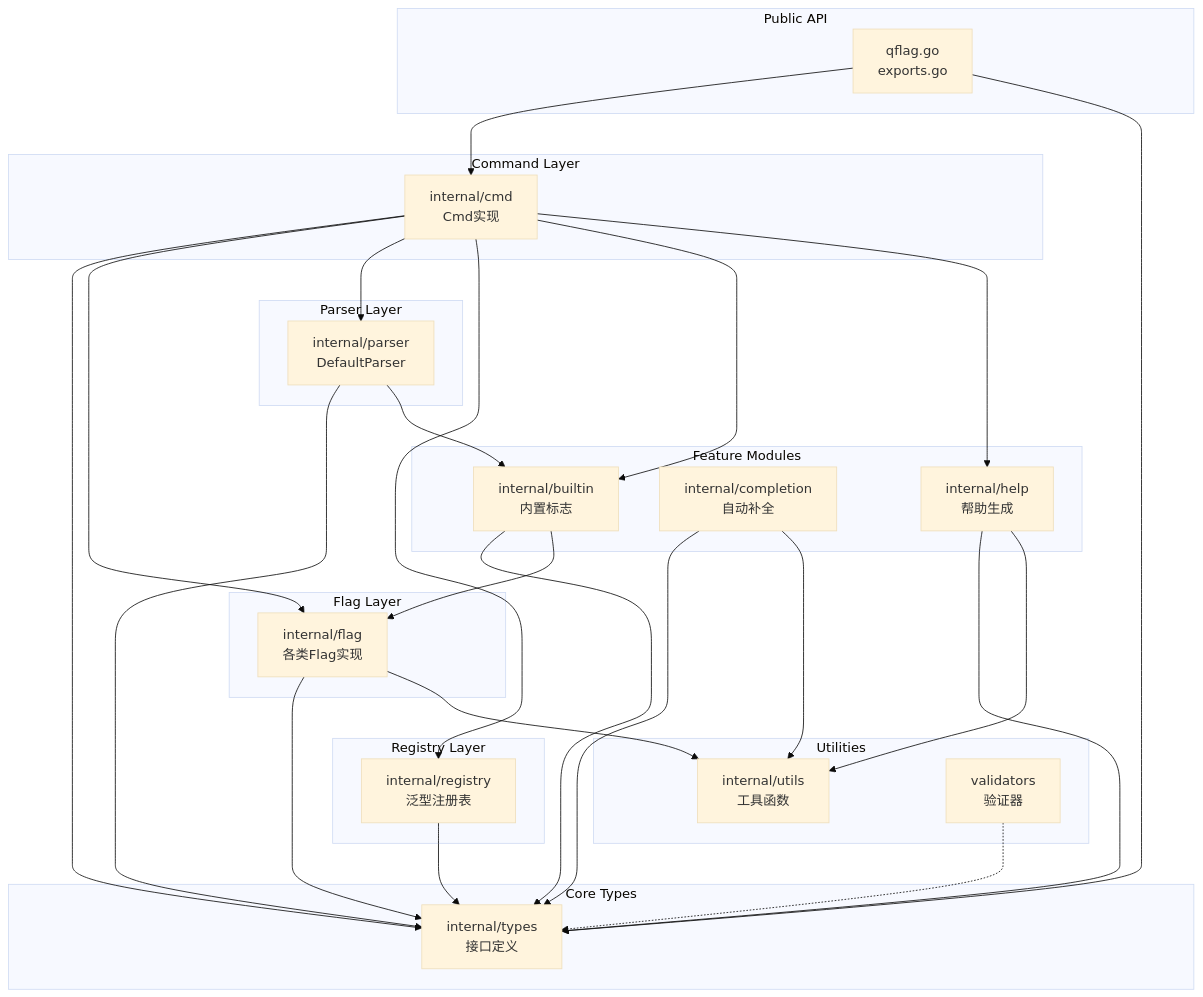
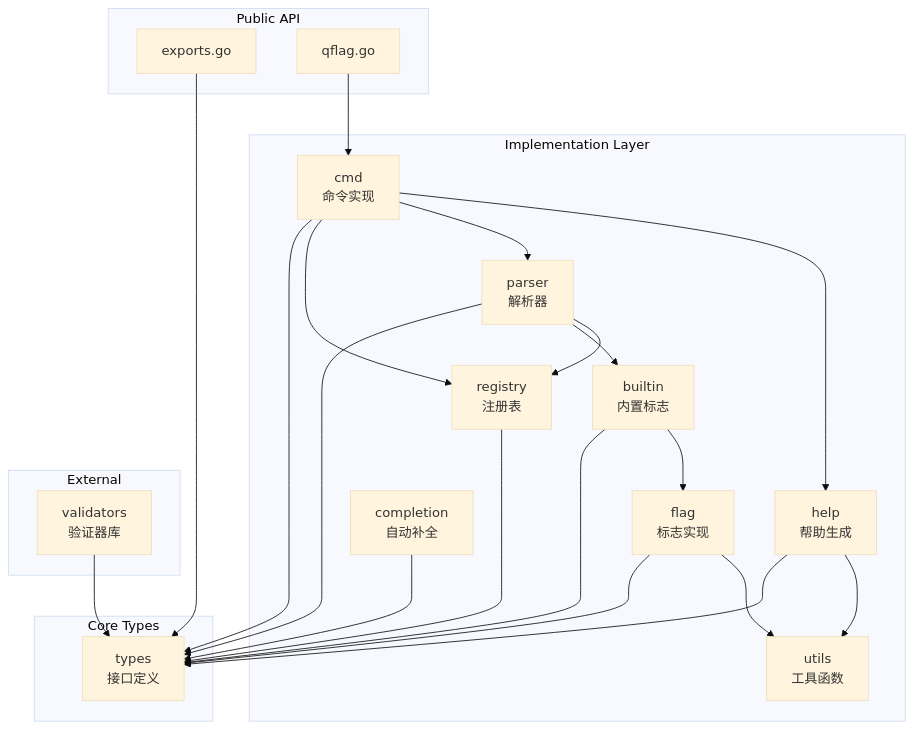
The diagram in docs/qflag-analysis.md (QiaoMuDe/qflag), drawn with Mermaid (base theme) before and after one commit. The commit also changed other lines of this file and 1 other file, not shown here.

First line of the commit message:
docs(qflag): 更新项目分析报告和改进文档注释

````diff
--- a/docs/qflag-analysis.md
+++ b/docs/qflag-analysis.md
@@ -130,66 +130,53 @@
 ```mermaid
 graph TB
     subgraph "Public API"
-        QF[qflag.go<br/>exports.go]
+        E[exports.go]
+        Q[qflag.go]
     end
 
     subgraph "Core Types"
-        TP[internal/types<br/>接口定义]
+        T[types<br/>接口定义]
     end
 
-    subgraph "Command Layer"
-        CMD[internal/cmd<br/>Cmd实现]
+    subgraph "Implementation Layer"
+        F[flag<br/>标志实现]
+        R[registry<br/>注册表]
+        C[cmd<br/>命令实现]
+        P[parser<br/>解析器]
+        B[builtin<br/>内置标志]
+        H[help<br/>帮助生成]
+        CP[completion<br/>自动补全]
+        U[utils<br/>工具函数]
     end
 
-    subgraph "Flag Layer"
-        FLG[internal/flag<br/>各类Flag实现]
+    subgraph "External"
+        V[validators<br/>验证器库]
     end
 
-    subgraph "Parser Layer"
-        PAR[internal/parser<br/>DefaultParser]
-    end
-
-    subgraph "Registry Layer"
-        REG[internal/registry<br/>泛型注册表]
-    end
-
-    subgraph "Feature Modules"
-        BLT[internal/builtin<br/>内置标志]
-        CMP[internal/completion<br/>自动补全]
-        HLP[internal/help<br/>帮助生成]
-    end
-
-    subgraph "Utilities"
-        UTL[internal/utils<br/>工具函数]
-        VAL[validators<br/>验证器]
-    end
-
-    QF --> CMD
-    QF --> TP
-
-    CMD --> TP
-    CMD --> FLG
-    CMD --> PAR
-    CMD --> REG
-    CMD --> BLT
-    CMD --> HLP
-
-    FLG --> TP
-    FLG --> UTL
-
-    PAR --> TP
-    PAR --> BLT
-
-    REG --> TP
-
-    BLT --> TP
-    BLT --> FLG
-
-    CMP --> TP
-    CMP --> UTL
-
-    HLP --> TP
-    HLP --> UTL
-
-    VAL -.-> TP
+    E --> T
+    Q --> C
+    
+    F --> T
+    F --> U
+    
+    R --> T
+    
+    C --> T
+    C --> R
+    C --> P
+    C --> H
+    
+    P --> T
+    P --> B
+    P --> R
+    
+    B --> T
+    B --> F
+    
+    H --> T
+    H --> U
+    
+    CP --> T
+    
+    V --> T
 ```
````
